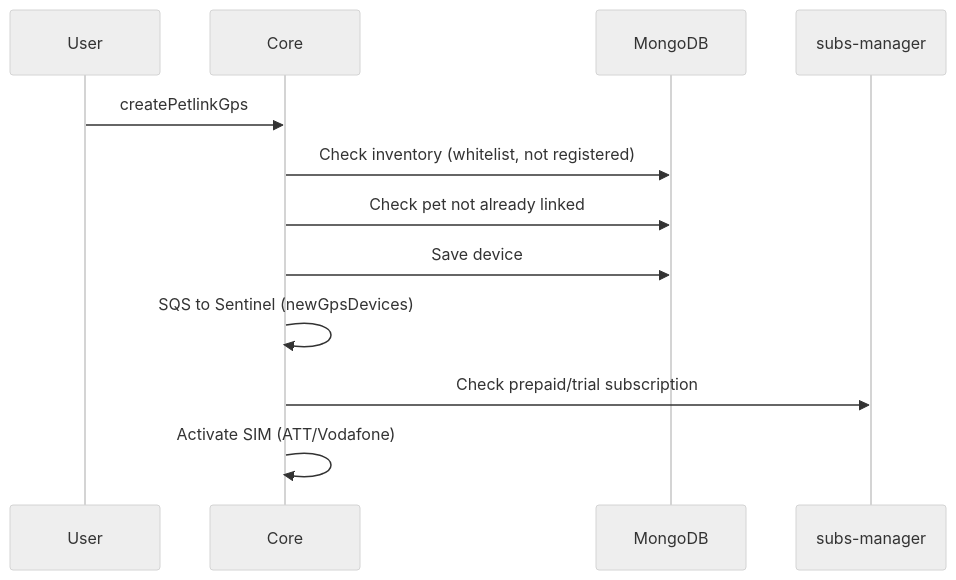
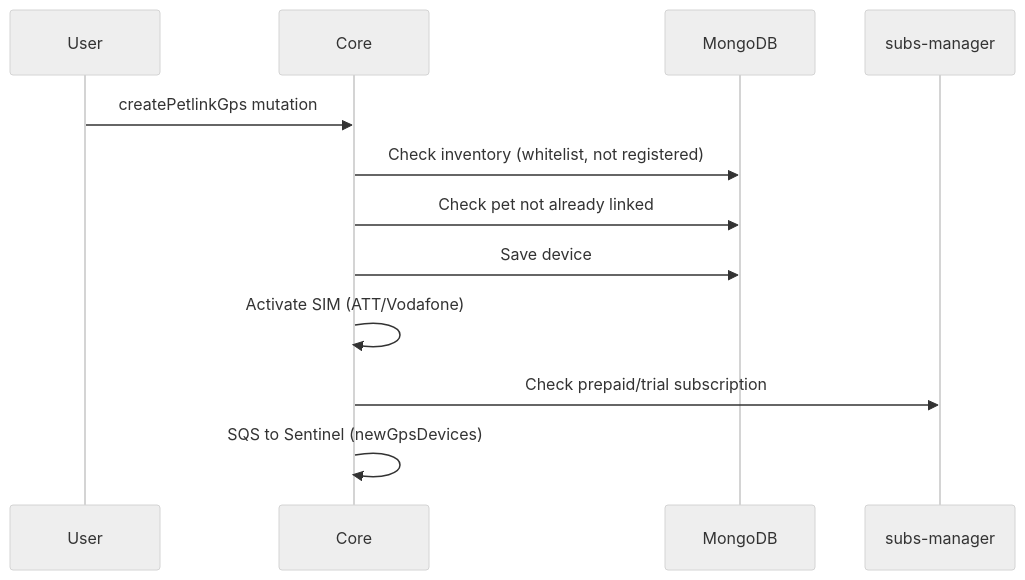
The fifth of 7 diagrams in AGENTS.md (DatamarsSA/petlink-everywhere-test), drawn with Mermaid (neutral theme) before and after one commit. The commit also changed other lines of this file and 10 other files, not shown here.

````diff
--- a/AGENTS.md
+++ b/AGENTS.md
@@ -179,15 +178,15 @@
 ```mermaid
 sequenceDiagram
     participant User
     participant Core
     participant MongoDB
     participant SubsMgr as subs-manager
 
-    User->>Core: createPetlinkGps
+    User->>Core: createPetlinkGps mutation
     Core->>MongoDB: Check inventory (whitelist, not registered)
     Core->>MongoDB: Check pet not already linked
     Core->>MongoDB: Save device
+    Core->>Core: Activate SIM (ATT/Vodafone)
+    Core->>SubsMgr: Check prepaid/trial subscription
     Core->>Core: SQS to Sentinel (newGpsDevices)
-    Core->>SubsMgr: Check prepaid/trial subscription
-    Core->>Core: Activate SIM (ATT/Vodafone)
 ```
````
